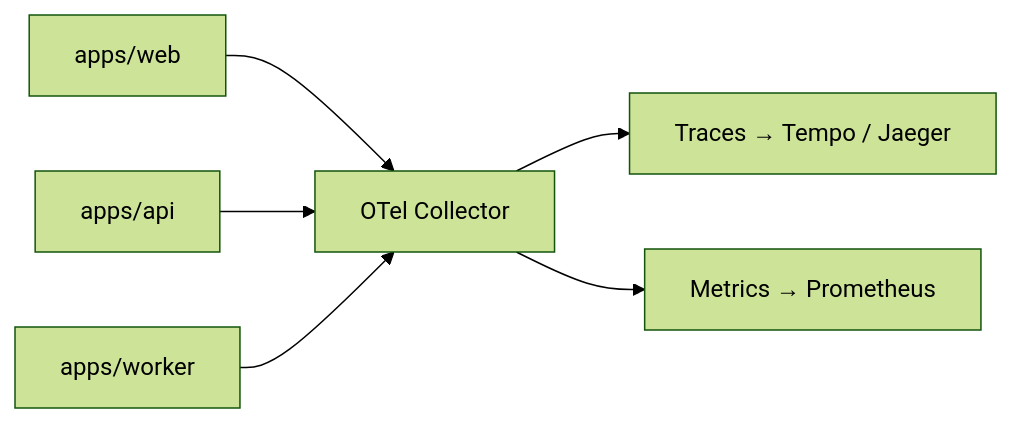
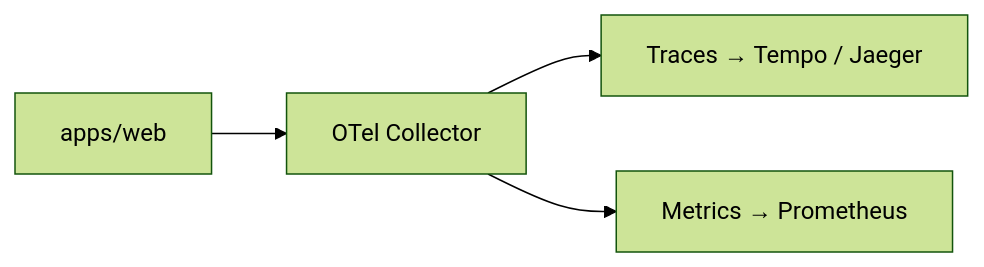
The diagram in docs/architecture/08-observability.md (jleveneur/nextjs-boilerplate), drawn with Mermaid (forest theme) before and after one commit. The commit also changed other lines of this file and 349 other files, not shown here.

````diff
--- a/docs/architecture/08-observability.md
+++ b/docs/architecture/08-observability.md
@@ -107,8 +107,6 @@
 ```mermaid
 flowchart LR
     W["apps/web"] --> COL["OTel Collector"]
-    A["apps/api"] --> COL
-    WK["apps/worker"] --> COL
     COL --> T["Traces → Tempo / Jaeger"]
     COL --> M["Metrics → Prometheus"]
 ```
````
